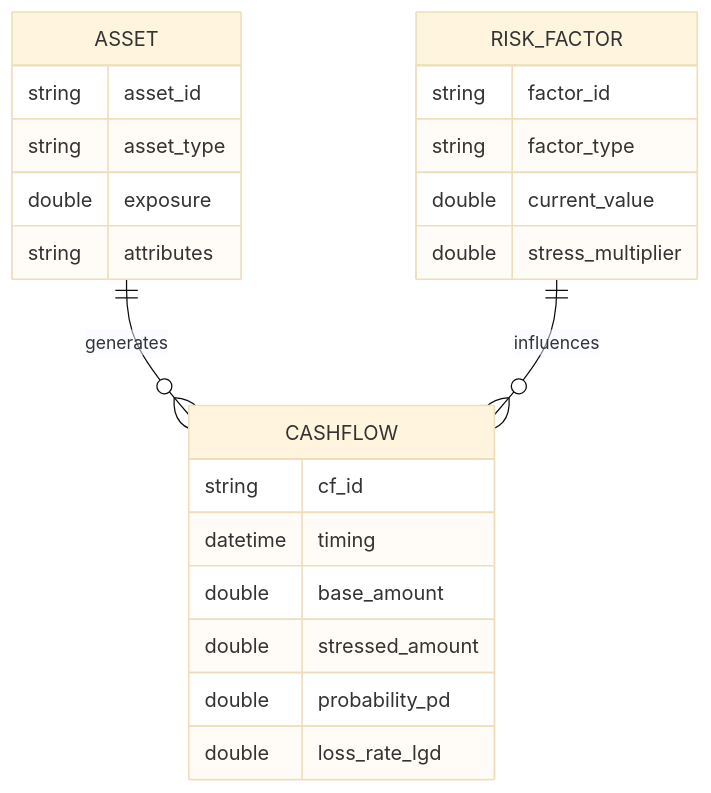
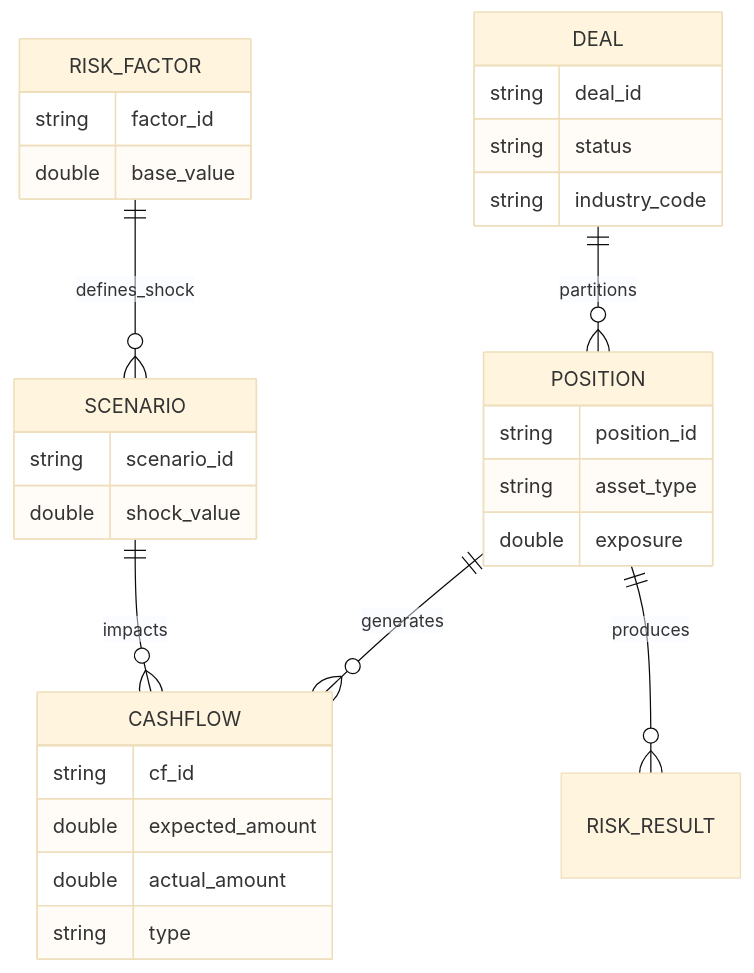
The diagram in src/02_Integrated_IB/02_Risk_Engine_Tech_Spec.md (kbgkim/ib_wiki), drawn with Mermaid (base theme) before and after one commit. The commit also changed other lines of this file and 26 other files, not shown here.

````diff
--- a/src/02_Integrated_IB/02_Risk_Engine_Tech_Spec.md
+++ b/src/02_Integrated_IB/02_Risk_Engine_Tech_Spec.md
@@ -9,28 +13,33 @@
 ```mermaid
 erDiagram
-    ASSET ||--o{ CASHFLOW : generates
-    RISK_FACTOR ||--o{ CASHFLOW : influences
+    DEAL ||--o{ POSITION : partitions
+    POSITION ||--o{ CASHFLOW : generates
+    RISK_FACTOR ||--o{ SCENARIO : defines_shock
+    SCENARIO ||--o{ CASHFLOW : impacts
+    POSITION ||--o{ RISK_RESULT : produces
     
-    ASSET {
-        string asset_id
+    DEAL {
+        string deal_id
+        string status
+        string industry_code
+    }
+    POSITION {
+        string position_id
         string asset_type
         double exposure
-        string attributes
     }
-    
+    CASHFLOW {
+        string cf_id
+        double expected_amount
+        double actual_amount
+        string type
+    }
     RISK_FACTOR {
         string factor_id
-        string factor_type
-        double current_value
-        double stress_multiplier
+        double base_value
     }
-    
-    CASHFLOW {
-        string cf_id
-        datetime timing
-        double base_amount
-        double stressed_amount
-        double probability_pd
-        double loss_rate_lgd
+    SCENARIO {
+        string scenario_id
+        double shock_value
     }
 ```
````
